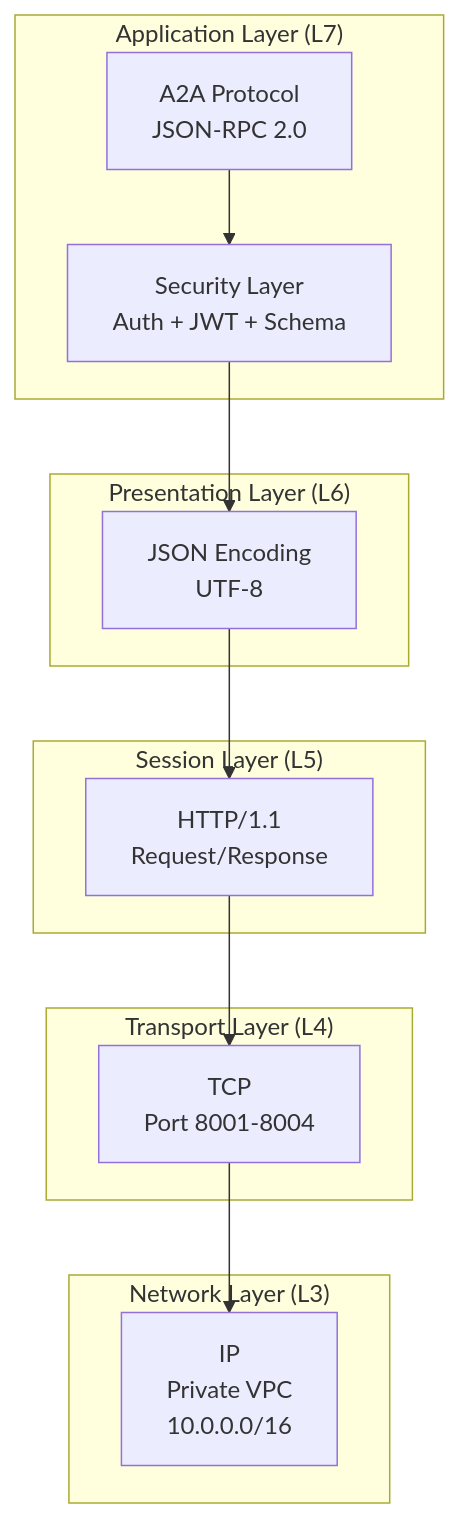
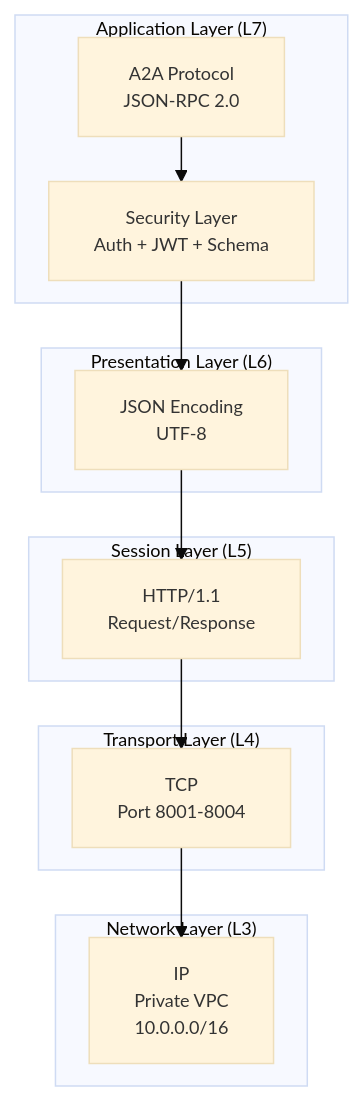
Before and after one commit to jaafar-benabderrazak/ca_a2a: the second of 10 diagrams in CA_A2A_COMPLETE_SECURITY_DOCUMENTATION.md, drawn with Mermaid. The commit also changed other lines of this file, not shown here.

Commit message:
Fix Mermaid parse error: remove parentheses from edge labels

````diff
--- a/CA_A2A_COMPLETE_SECURITY_DOCUMENTATION.md
+++ b/CA_A2A_COMPLETE_SECURITY_DOCUMENTATION.md
@@ -152,31 +153,32 @@
 ```mermaid
+%%{init: {"theme":"base","themeVariables":{"fontSize":"12px"},"flowchart":{"nodeSpacing":25,"rankSpacing":30}}}%%
 graph TB
     subgraph "Application Layer (L7)"
         A2A[A2A Protocol<br/>JSON-RPC 2.0]
         Security[Security Layer<br/>Auth + JWT + Schema]
     end
     
     subgraph "Presentation Layer (L6)"
         JSON[JSON Encoding<br/>UTF-8]
     end
     
     subgraph "Session Layer (L5)"
         HTTP[HTTP/1.1<br/>Request/Response]
     end
     
     subgraph "Transport Layer (L4)"
         TCP[TCP<br/>Port 8001-8004]
     end
     
     subgraph "Network Layer (L3)"
         IP[IP<br/>Private VPC<br/>10.0.0.0/16]
     end
     
     A2A --> Security
     Security --> JSON
     JSON --> HTTP
     HTTP --> TCP
     TCP --> IP
     
     %% Styling intentionally removed for readability (no color blocks).
 ```
````
